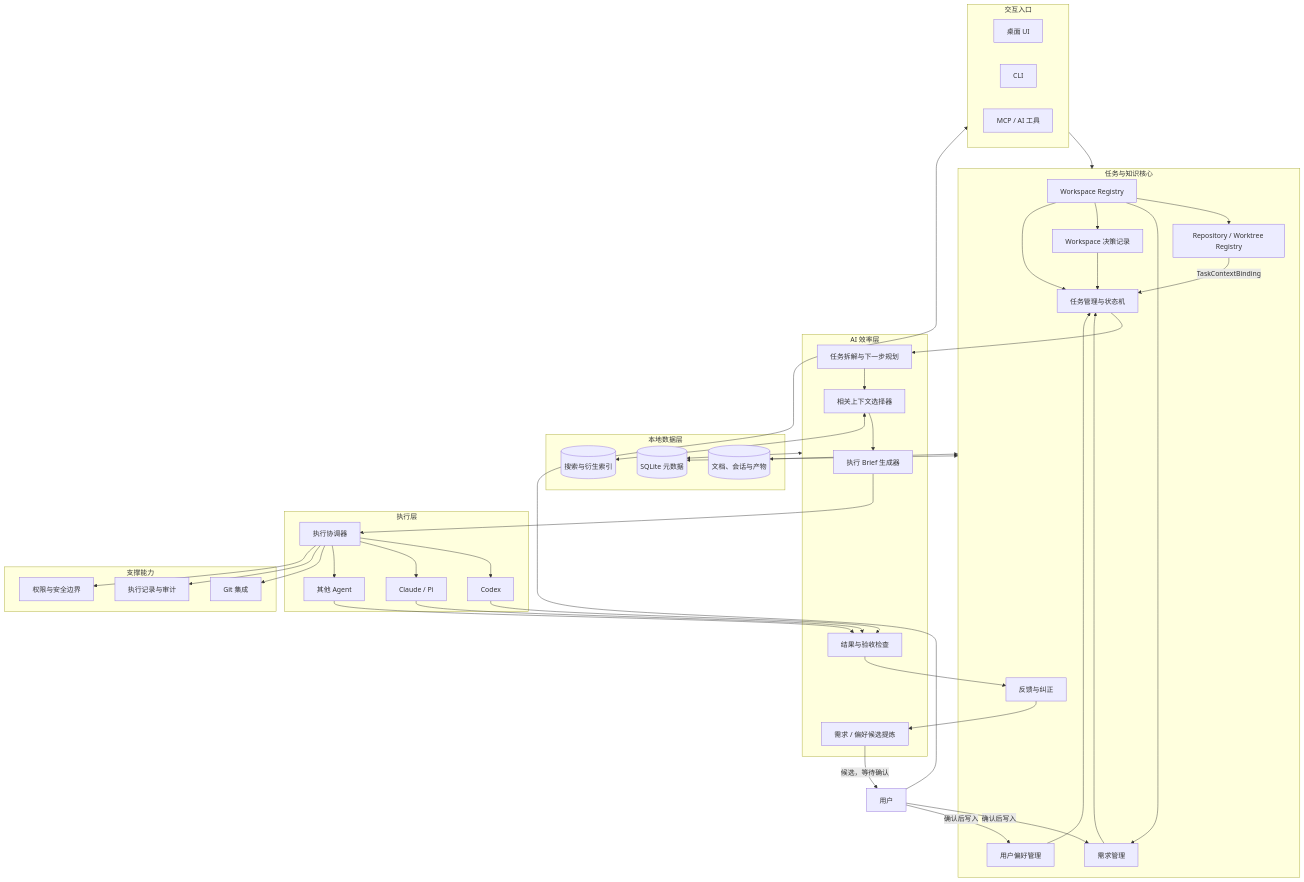
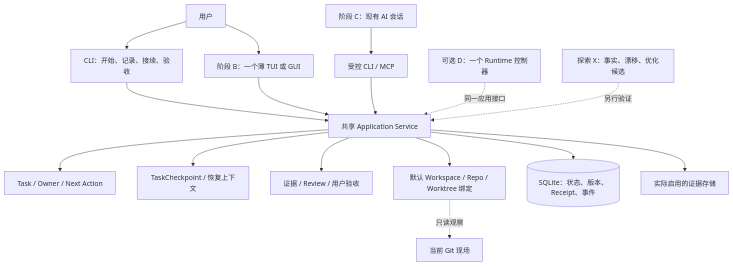
Before and after one commit to cecil-su/agent-steward: the diagram in docs/v1/13-product-architecture.md, drawn with Mermaid. The commit also changed other lines of this file and 23 other files, not shown here.

````diff
--- a/docs/v1/13-product-architecture.md
+++ b/docs/v1/13-product-architecture.md
@@ -5,87 +5,18 @@
 ```mermaid
 flowchart TB
-    User[用户]
-
-    subgraph Access[交互入口]
-        UI[桌面 UI]
-        CLI[CLI]
-        MCP[MCP / AI 工具]
-    end
-
-    subgraph Core[任务与知识核心]
-        Workspace[Workspace Registry]
-        Repo[Repository / Worktree Registry]
-        RM[需求管理]
-        Pref[用户偏好管理]
-        Decision[Workspace 决策记录]
-        Task[任务管理与状态机]
-        Feedback[反馈与纠正]
-    end
-
-    subgraph Intelligence[AI 效率层]
-        Selector[相关上下文选择器]
-        Brief[执行 Brief 生成器]
-        Planner[任务拆解与下一步规划]
-        Evaluator[结果与验收检查]
-        Learner[需求 / 偏好候选提炼]
-    end
-
-    subgraph Runtime[执行层]
-        Orchestrator[执行协调器]
-        Codex[Codex]
-        Claude[Claude / Pi]
-        Other[其他 Agent]
-    end
-
-    subgraph Storage[本地数据层]
-        DB[(SQLite 元数据)]
-        Blob[(文档、会话与产物)]
-        Index[(搜索与衍生索引)]
-    end
-
-    subgraph Support[支撑能力]
-        Git[Git 集成]
-        Audit[执行记录与审计]
-        Permission[权限与安全边界]
-    end
-
-    User --> Access
-    Access --> Core
-
-    Workspace --> Repo
-    Workspace --> RM
-    Workspace --> Decision
-    Workspace --> Task
-    Repo -->|TaskContextBinding| Task
-    RM --> Task
-    Pref --> Task
-    Decision --> Task
-
-    Task --> Planner
-    Planner --> Selector
-    Selector --> Brief
-    Brief --> Orchestrator
-
-    Orchestrator --> Codex
-    Orchestrator --> Claude
-    Orchestrator --> Other
-
-    Codex --> Evaluator
-    Claude --> Evaluator
-    Other --> Evaluator
-
-    Evaluator --> Feedback
-    Feedback --> Learner
-    Learner -->|候选，等待确认| User
-    User -->|确认后写入| RM
-    User -->|确认后写入| Pref
-
-    Core <--> DB
-    Intelligence <--> DB
-    Core <--> Blob
-    Selector <--> Index
-
-    Orchestrator --> Git
-    Orchestrator --> Audit
-    Orchestrator --> Permission
+  User[用户] --> CLI[CLI：开始、记录、接续、验收]
+  User --> UI[阶段 B：一个薄 TUI 或 GUI]
+  Session[阶段 C：现有 AI 会话] --> Bridge[受控 CLI / MCP]
+  CLI --> Core[共享 Application Service]
+  UI --> Core
+  Bridge --> Core
+  Core --> Task[Task / Owner / Next Action]
+  Core --> Checkpoint[TaskCheckpoint / 恢复上下文]
+  Core --> Review[证据 / Review / 用户验收]
+  Core --> Context[默认 Workspace / Repo / Worktree 绑定]
+  Context -.只读观察.-> Git[当前 Git 现场]
+  Core --> DB[(SQLite：状态、版本、Receipt、事件)]
+  Core --> Store[实际启用的证据存储]
+  Runtime[可选 D：一个 Runtime 控制器] -.同一应用接口.-> Core
+  Knowledge[探索 X：事实、漂移、优化候选] -.另行验证.-> Core
 ```
````
